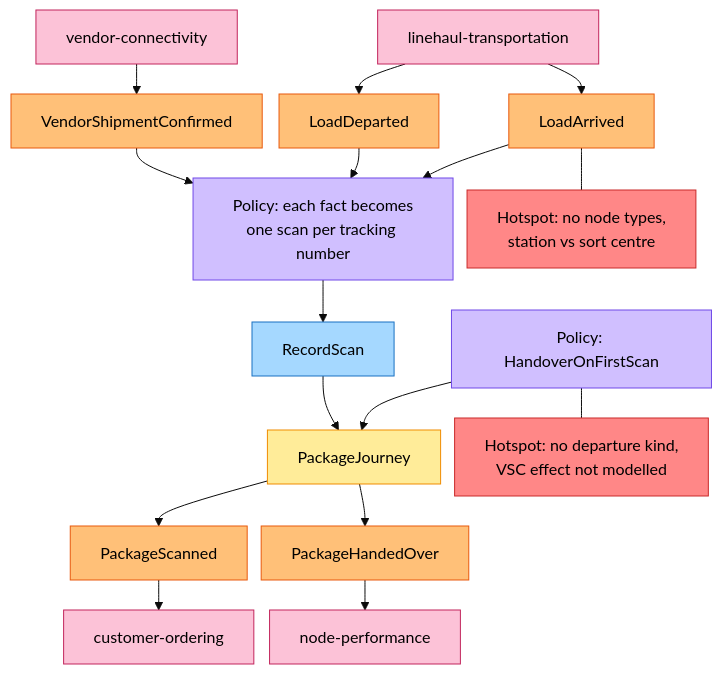
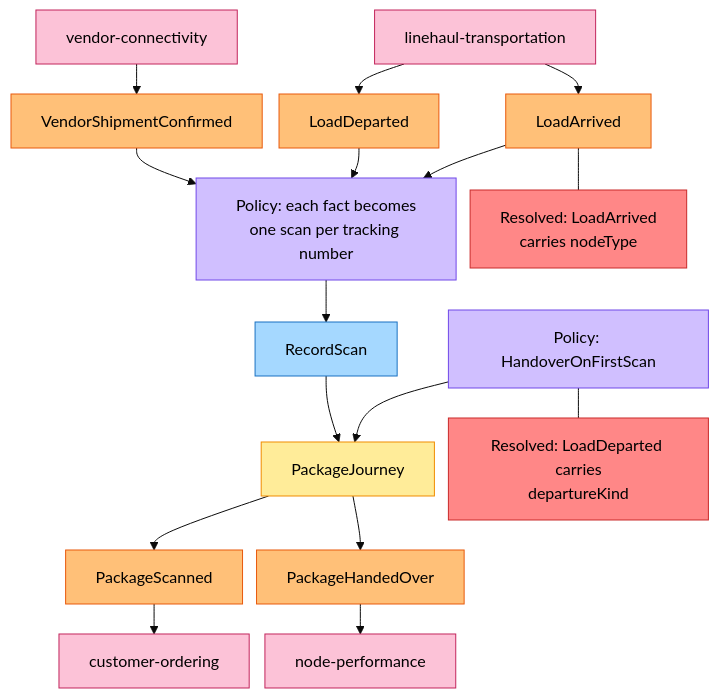
One commit to IQVO/warehouse-docs changed the third of 5 diagrams in network/docs/contexts/shipping-and-tracking/eventstorming.md. Above: the diagram before and after it, drawn with Mermaid (base theme). The commit also changed other lines of this file and 125 other files, not shown here.

````diff
--- a/network/docs/contexts/shipping-and-tracking/eventstorming.md
+++ b/network/docs/contexts/shipping-and-tracking/eventstorming.md
@@ -112,41 +112,41 @@
 ```mermaid
 %%{init: {"flowchart": {"nodeSpacing": 14, "rankSpacing": 30}}}%%
 flowchart TB
     VC["vendor-connectivity"]:::external
     LH["linehaul-transportation"]:::external
     F1["VendorShipmentConfirmed"]:::event
     F2["LoadDeparted"]:::event
     F3["LoadArrived"]:::event
     P0["Policy: each fact becomes<br/>one scan per tracking number"]:::policy
     C1["RecordScan"]:::command
     G1["PackageJourney"]:::aggregate
     P1["Policy: HandoverOnFirstScan"]:::policy
     E1["PackageScanned"]:::event
     E2["PackageHandedOver"]:::event
     NP["node-performance"]:::external
     CO["customer-ordering"]:::external
-    H1["Hotspot: no node types,<br/>station vs sort centre"]:::hotspot
-    H3["Hotspot: no departure kind,<br/>VSC effect not modelled"]:::hotspot
+    H1["Resolved: LoadArrived<br/>carries nodeType"]:::hotspot
+    H3["Resolved: LoadDeparted carries<br/>departureKind"]:::hotspot
     VC --> F1
     LH --> F2
     LH --> F3
     F1 --> P0
     F2 --> P0
     F3 --> P0
     P0 --> C1
     C1 --> G1
     P1 --> G1
     G1 --> E1
     G1 --> E2
     E1 --> CO
     E2 --> NP
     F3 --- H1
     P1 --- H3
     classDef command fill:#a5d8ff,stroke:#1971c2,color:#000
     classDef aggregate fill:#ffec99,stroke:#f08c00,color:#000
     classDef event fill:#ffc078,stroke:#e8590c,color:#000
     classDef policy fill:#d0bfff,stroke:#7048e8,color:#000
     classDef readmodel fill:#b2f2bb,stroke:#2f9e44,color:#000
     classDef external fill:#fcc2d7,stroke:#c2255c,color:#000
     classDef hotspot fill:#ff8787,stroke:#c92a2a,color:#000
 ```
````
